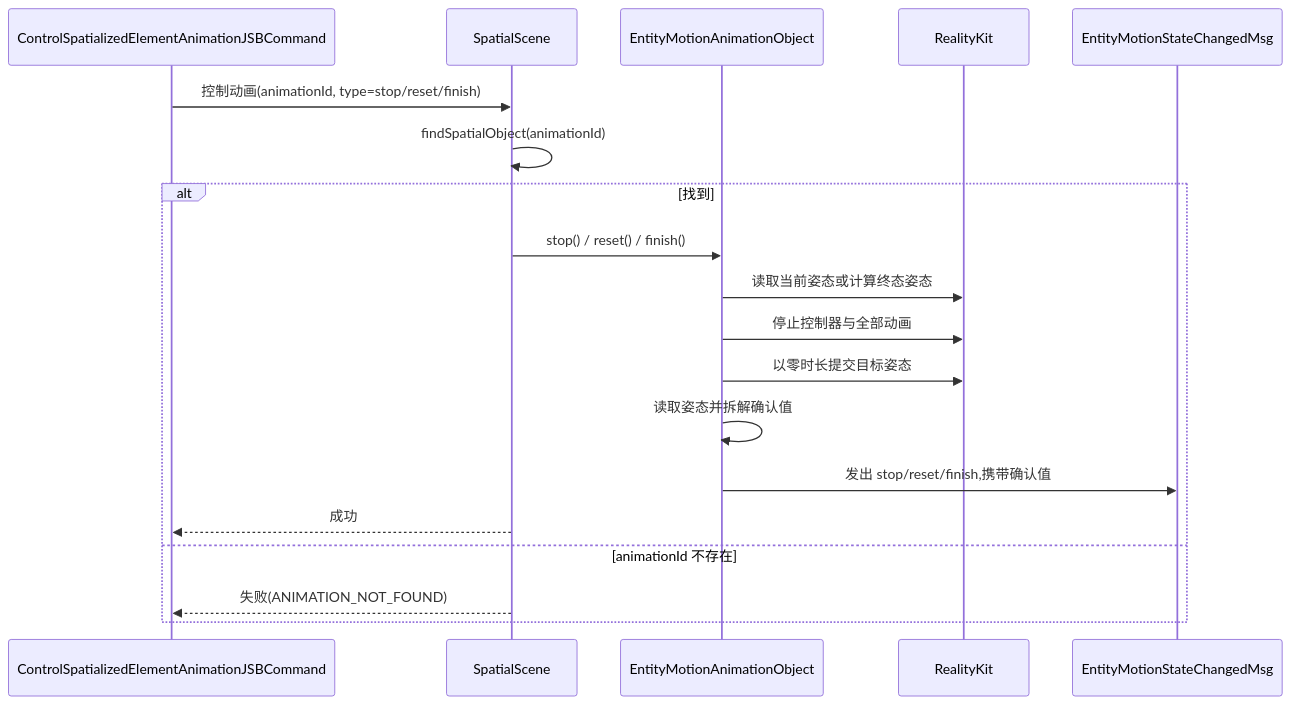
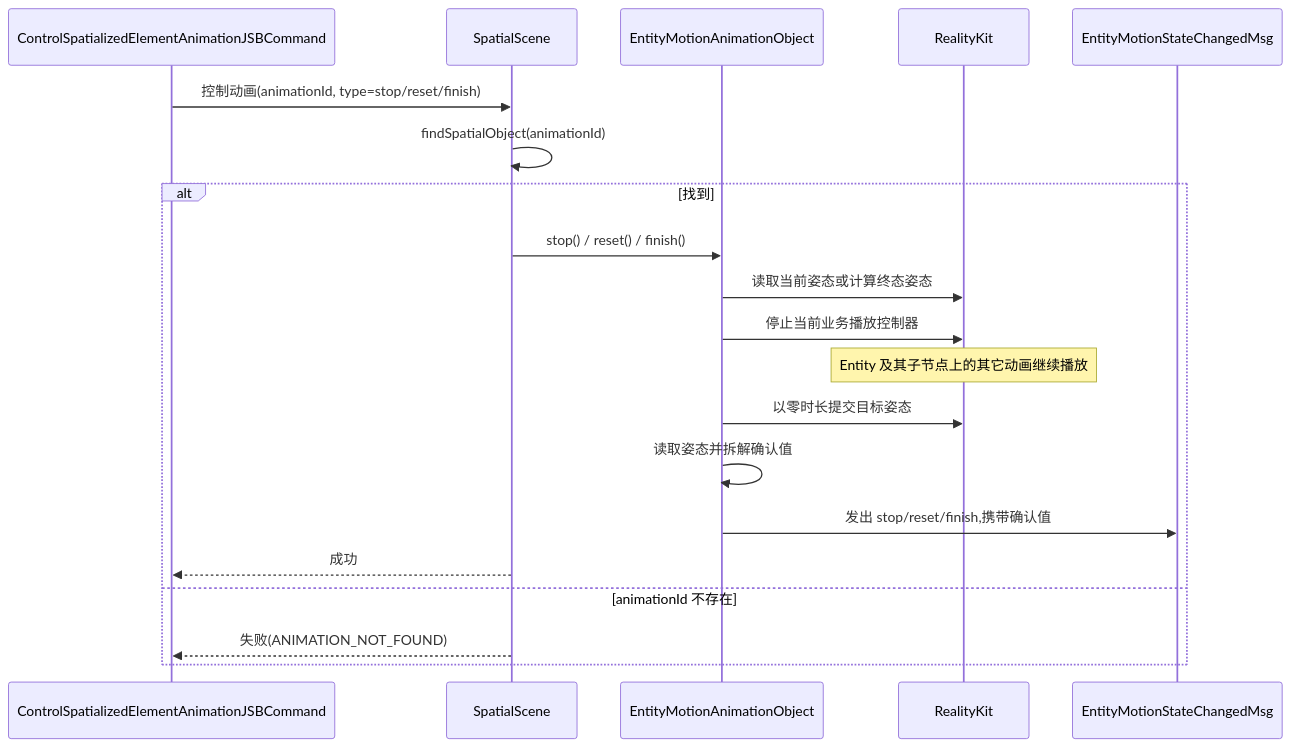
Diagram 13 of 14 in openspec/changes/redesign-entity-motion-api/design.zh.md (webspatial/webspatial-sdk), drawn with Mermaid before and after one commit. The commit also changed other lines of this file and 5 other files, not shown here.

````diff
--- a/openspec/changes/redesign-entity-motion-api/design.zh.md
+++ b/openspec/changes/redesign-entity-motion-api/design.zh.md
@@ -1112,22 +1110,23 @@
 ```mermaid
 sequenceDiagram
     participant JSB as ControlSpatializedElementAnimationJSBCommand
     participant Scene as SpatialScene
     participant Obj as EntityMotionAnimationObject
     participant RK as RealityKit
     participant Event as EntityMotionStateChangedMsg
 
     JSB->>Scene: 控制动画(animationId, type=stop/reset/finish)
     Scene->>Scene: findSpatialObject(animationId)
     alt 找到
         Scene->>Obj: stop() / reset() / finish()
         Obj->>RK: 读取当前姿态或计算终态姿态
-        Obj->>RK: 停止控制器与全部动画
+        Obj->>RK: 停止当前业务播放控制器
+        Note over RK: Entity 及其子节点上的其它动画继续播放
         Obj->>RK: 以零时长提交目标姿态
         Obj->>Obj: 读取姿态并拆解确认值
         Obj->>Event: 发出 stop/reset/finish,携带确认值
         Scene-->>JSB: 成功
     else animationId 不存在
         Scene-->>JSB: 失败(ANIMATION_NOT_FOUND)
     end
 ```
````
